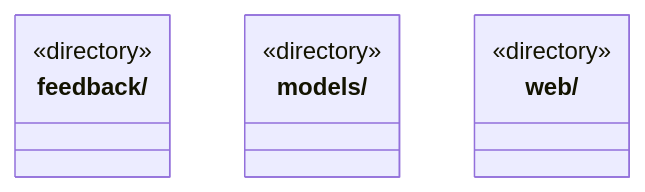
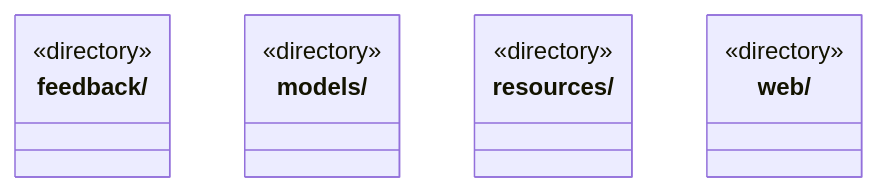
One commit to nan023062/cbim changed the diagram in src/logic/ARCHITECTURE.md. Above: the diagram before and after it, drawn with Mermaid. The commit also changed other lines of this file and 48 other files, not shown here.

````diff
--- a/src/logic/ARCHITECTURE.md
+++ b/src/logic/ARCHITECTURE.md
@@ -15,12 +15,15 @@
 ```mermaid
 classDiagram
 class N_src_logic_feedback["feedback/"] {
   <<directory>>
 }
 class N_src_logic_models["models/"] {
   <<directory>>
 }
+class N_src_logic_resources["resources/"] {
+  <<directory>>
+}
 class N_src_logic_web["web/"] {
   <<directory>>
 }
 ```
````
